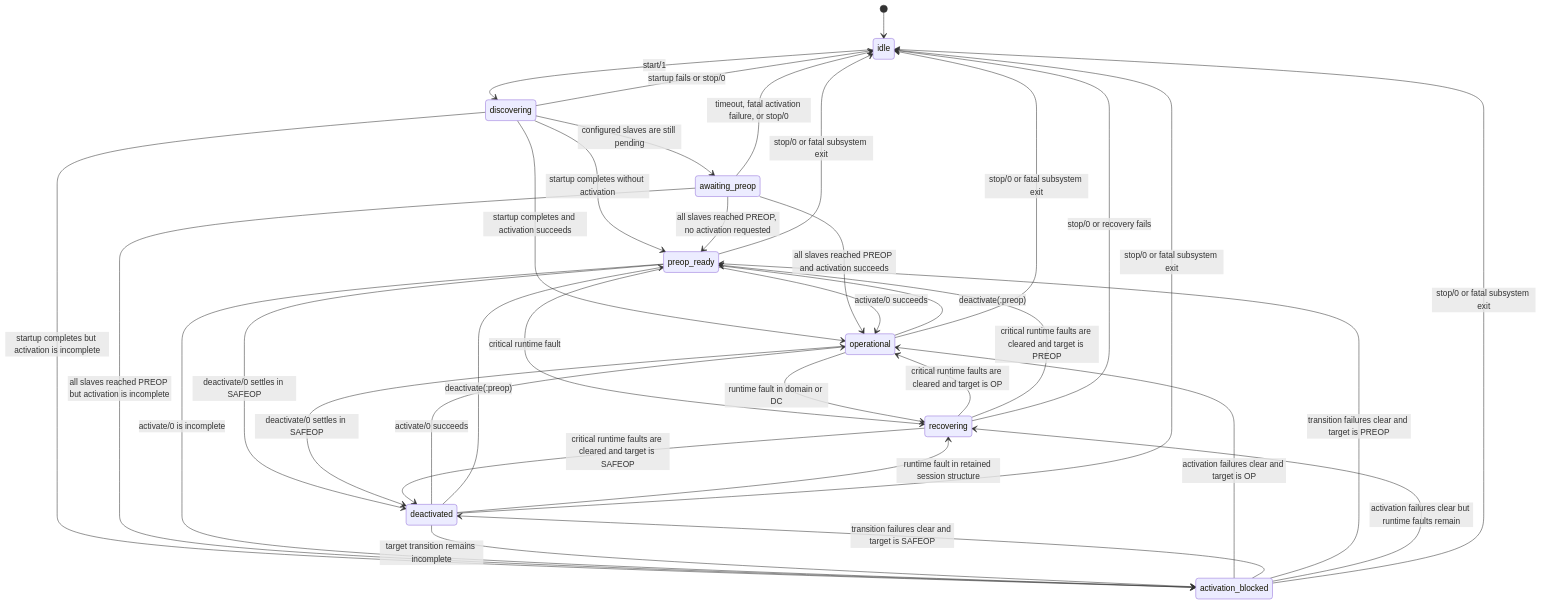
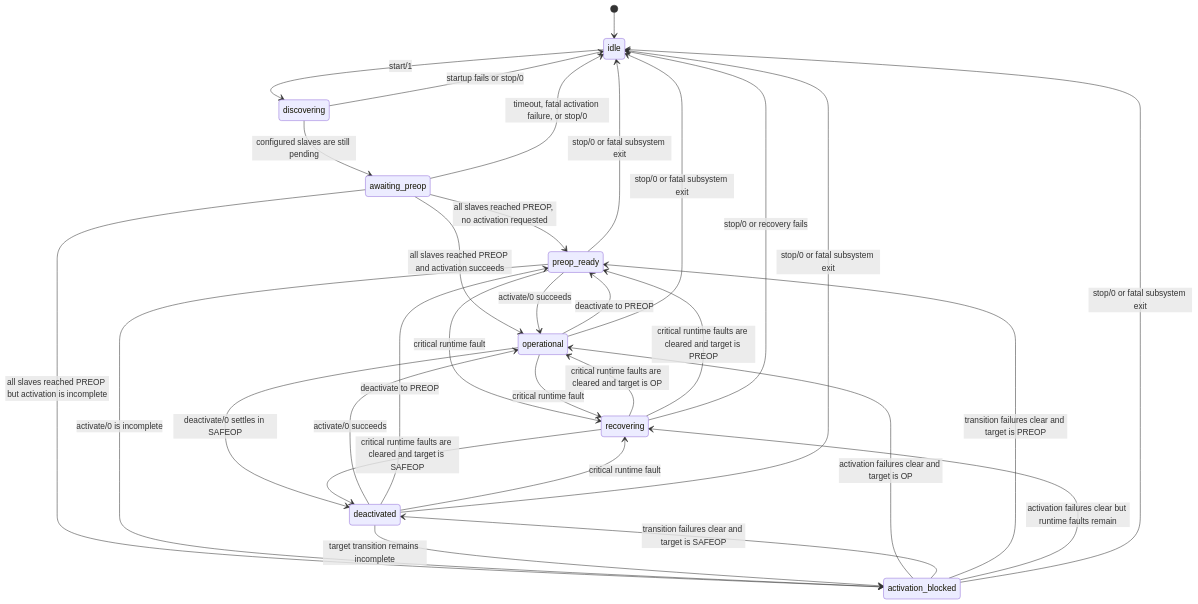
One commit to sid2baker/ethercat changed the third of 3 diagrams in lib/ethercat/master.md. Above: the diagram before and after it, drawn with Mermaid. The commit also changed other lines of this file and 7 other files, not shown here.

````diff
--- a/lib/ethercat/master.md
+++ b/lib/ethercat/master.md
@@ -116,37 +118,33 @@
 ```mermaid
 stateDiagram-v2
     [*] --> idle
     idle --> discovering: start/1
     discovering --> awaiting_preop: configured slaves are still pending
-    discovering --> preop_ready: startup completes without activation
-    discovering --> operational: startup completes and activation succeeds
-    discovering --> activation_blocked: startup completes but activation is incomplete
     discovering --> idle: startup fails or stop/0
     awaiting_preop --> preop_ready: all slaves reached PREOP, no activation requested
     awaiting_preop --> operational: all slaves reached PREOP and activation succeeds
     awaiting_preop --> activation_blocked: all slaves reached PREOP but activation is incomplete
     awaiting_preop --> idle: timeout, fatal activation failure, or stop/0
     preop_ready --> operational: activate/0 succeeds
-    preop_ready --> deactivated: deactivate/0 settles in SAFEOP
     preop_ready --> activation_blocked: activate/0 is incomplete
     preop_ready --> recovering: critical runtime fault
     preop_ready --> idle: stop/0 or fatal subsystem exit
     deactivated --> operational: activate/0 succeeds
-    deactivated --> preop_ready: deactivate(:preop)
+    deactivated --> preop_ready: deactivate to PREOP
     deactivated --> activation_blocked: target transition remains incomplete
-    deactivated --> recovering: runtime fault in retained session structure
+    deactivated --> recovering: critical runtime fault
     deactivated --> idle: stop/0 or fatal subsystem exit
-    operational --> recovering: runtime fault in domain or DC
+    operational --> recovering: critical runtime fault
     operational --> deactivated: deactivate/0 settles in SAFEOP
-    operational --> preop_ready: deactivate(:preop)
+    operational --> preop_ready: deactivate to PREOP
     operational --> idle: stop/0 or fatal subsystem exit
     activation_blocked --> operational: activation failures clear and target is OP
     activation_blocked --> deactivated: transition failures clear and target is SAFEOP
     activation_blocked --> preop_ready: transition failures clear and target is PREOP
     activation_blocked --> recovering: activation failures clear but runtime faults remain
     activation_blocked --> idle: stop/0 or fatal subsystem exit
     recovering --> operational: critical runtime faults are cleared and target is OP
     recovering --> deactivated: critical runtime faults are cleared and target is SAFEOP
     recovering --> preop_ready: critical runtime faults are cleared and target is PREOP
     recovering --> idle: stop/0 or recovery fails
 ```
````
